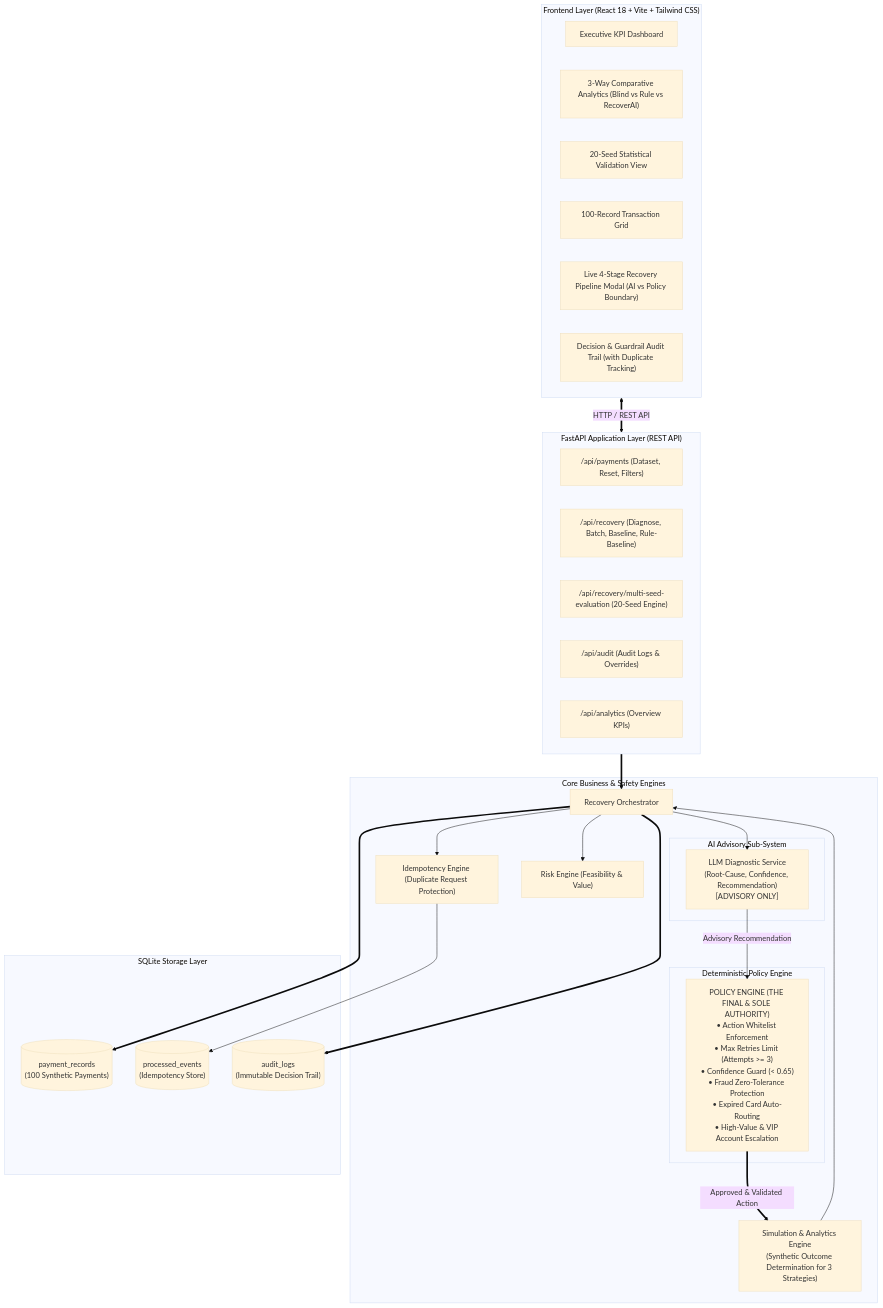
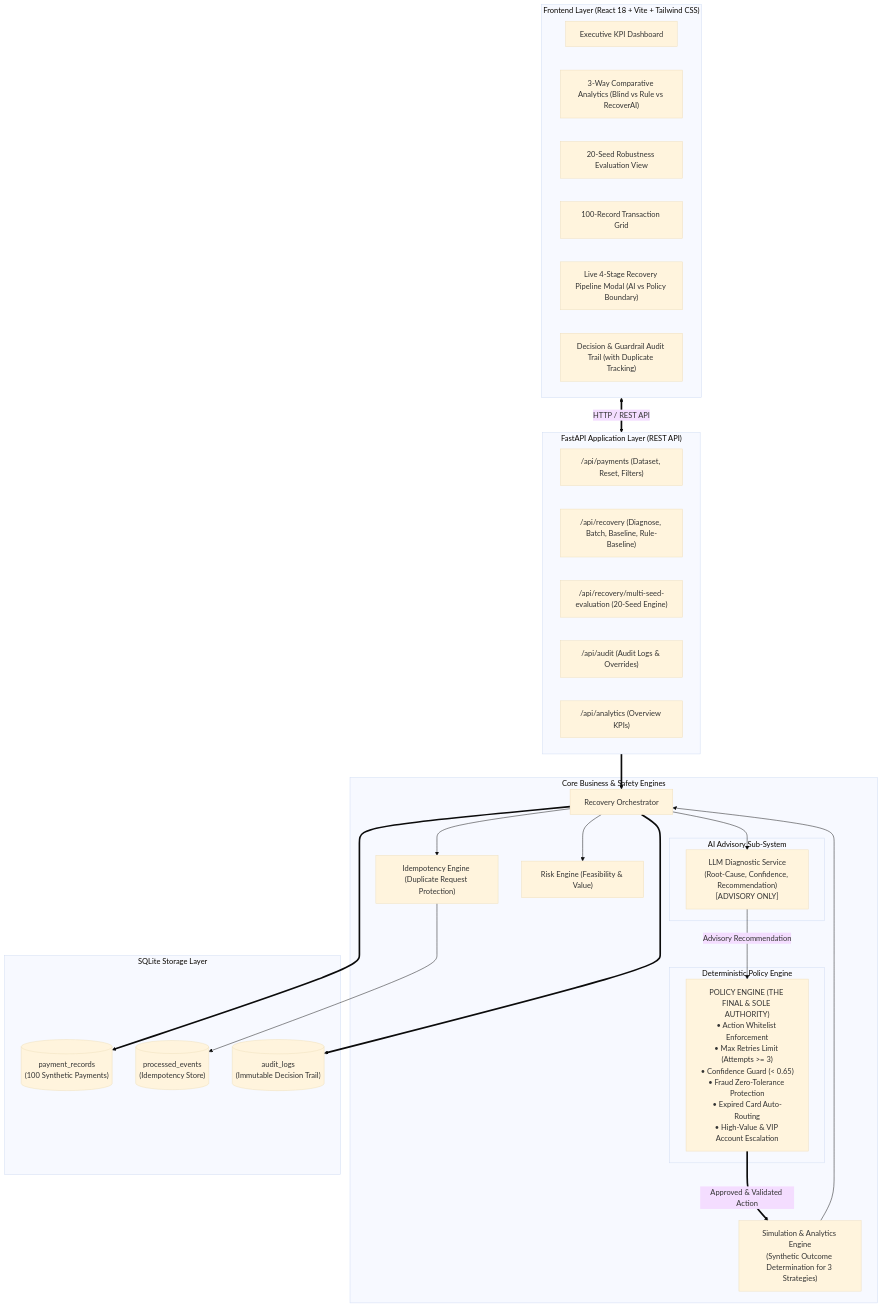
One commit to Saibikdey/RECOVERAI-P changed the diagram in ARCHITECTURE.md. Above: the diagram before and after it, drawn with Mermaid (base theme). The commit also changed other lines of this file and 7 other files, not shown here.

````diff
--- a/ARCHITECTURE.md
+++ b/ARCHITECTURE.md
@@ -9,53 +9,53 @@
 ```mermaid
 flowchart TD
     subgraph Frontend_Layer ["Frontend Layer (React 18 + Vite + Tailwind CSS)"]
         UI_KPI["Executive KPI Dashboard"]
         UI_Comp["3-Way Comparative Analytics (Blind vs Rule vs RecoverAI)"]
-        UI_Seed["20-Seed Statistical Validation View"]
+        UI_Seed["20-Seed Robustness Evaluation View"]
         UI_Grid["100-Record Transaction Grid"]
         UI_Modal["Live 4-Stage Recovery Pipeline Modal (AI vs Policy Boundary)"]
         UI_Audit["Decision & Guardrail Audit Trail (with Duplicate Tracking)"]
     end
 
     subgraph API_Layer ["FastAPI Application Layer (REST API)"]
         API_Payments["/api/payments (Dataset, Reset, Filters)"]
         API_Recovery["/api/recovery (Diagnose, Batch, Baseline, Rule-Baseline)"]
         API_MultiSeed["/api/recovery/multi-seed-evaluation (20-Seed Engine)"]
         API_Audit["/api/audit (Audit Logs & Overrides)"]
         API_Analytics["/api/analytics (Overview KPIs)"]
     end
 
     subgraph Core_Engines ["Core Business & Safety Engines"]
         IDEMP["Idempotency Engine (Duplicate Request Protection)"]
         ORCH["Recovery Orchestrator"]
         RISK["Risk Engine (Feasibility & Value)"]
         
         subgraph AI_Advisory ["AI Advisory Sub-System"]
             LLM["LLM Diagnostic Service\n(Root-Cause, Confidence, Recommendation)\n[ADVISORY ONLY]"]
         end
 
         subgraph Policy_Authority ["Deterministic Policy Engine"]
             PE["POLICY ENGINE (THE FINAL & SOLE AUTHORITY)\n• Action Whitelist Enforcement\n• Max Retries Limit (Attempts >= 3)\n• Confidence Guard (< 0.65)\n• Fraud Zero-Tolerance Protection\n• Expired Card Auto-Routing\n• High-Value & VIP Account Escalation"]
         end
 
         SIM["Simulation & Analytics Engine\n(Synthetic Outcome Determination for 3 Strategies)"]
     end
 
     subgraph Storage_Layer ["SQLite Storage Layer"]
         DB_Payments[("payment_records\n(100 Synthetic Payments)")]
         DB_Events[("processed_events\n(Idempotency Store)")]
         DB_Audit[("audit_logs\n(Immutable Decision Trail)")]
     end
 
     Frontend_Layer <==>|HTTP / REST API| API_Layer
     API_Layer ==> ORCH
     ORCH --> IDEMP
     IDEMP --> DB_Events
     ORCH --> RISK
     ORCH --> LLM
     LLM -->|Advisory Recommendation| PE
     PE ==>|Approved & Validated Action| SIM
     SIM --> ORCH
     ORCH ==> DB_Payments
     ORCH ==> DB_Audit
 ```
````
